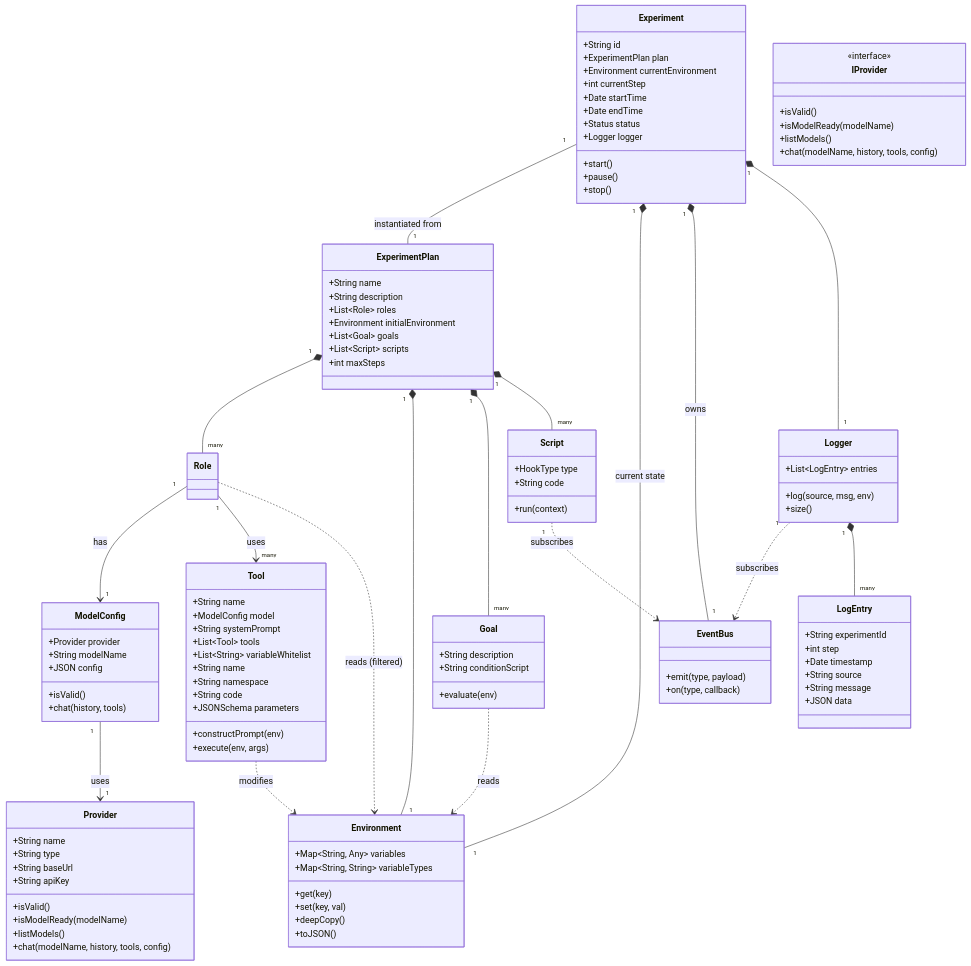
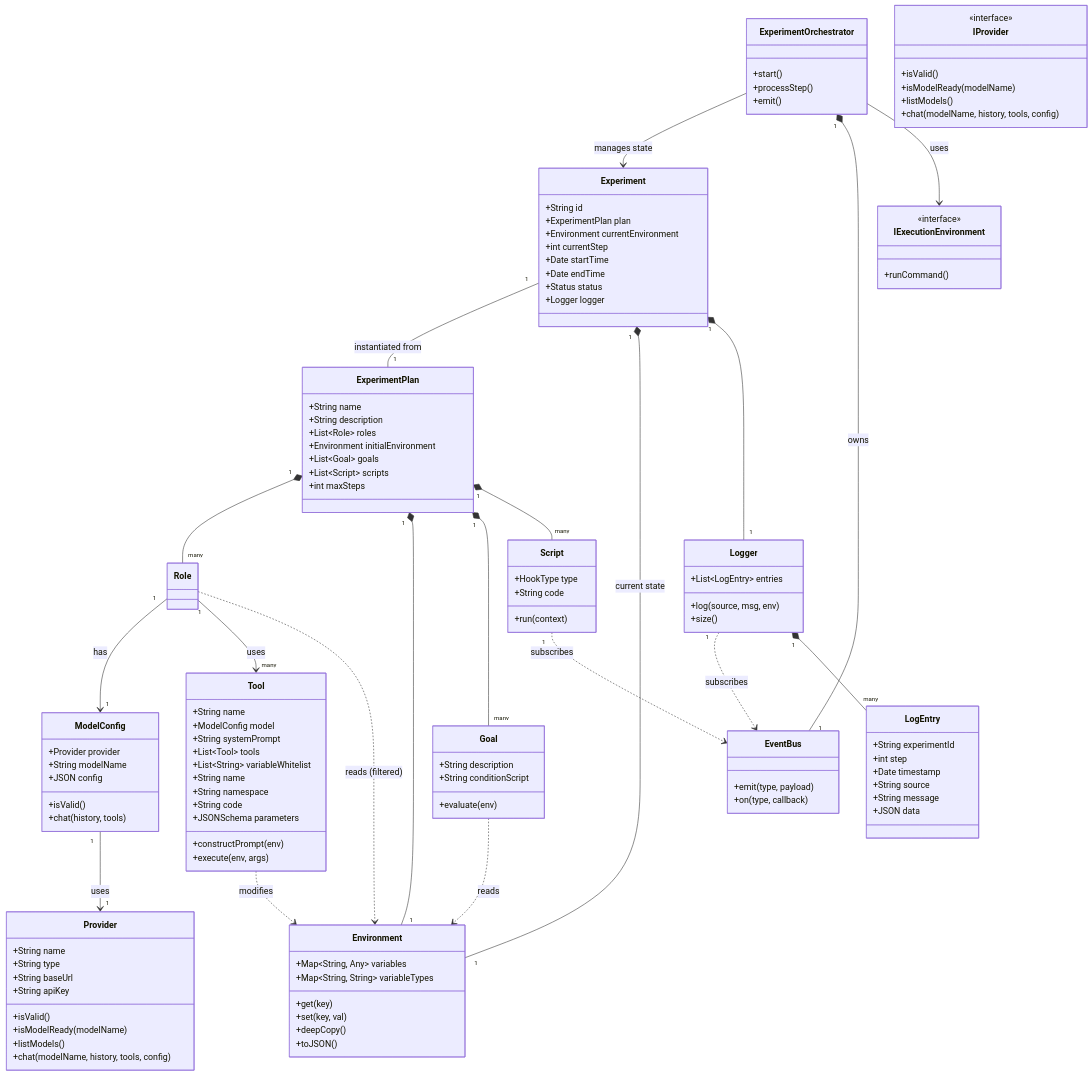
The first of 2 diagrams in SPEC.md (aldonadi/scientist-ai), drawn with Mermaid before and after one commit. The commit also changed other lines of this file, not shown here.

Commit message:
feat: introduce ExperimentOrchestrator, IExecutionEnvironment, and IScriptRunner, refactoring experiment execution logic out of the Experiment state object.

```diff
--- a/SPEC.md
+++ b/SPEC.md
@@ -224,9 +248,15 @@
         +Date endTime
         +Status status
         +Logger logger
+    }
+    class ExperimentOrchestrator {
         +start()
-        +pause()
-        +stop()
+        +processStep()
+        +emit()
+    }
+    class IExecutionEnvironment {
+        <<interface>>
+        +runCommand()
     }
 
     class Provider {
@@ -320,7 +350,11 @@
     ExperimentPlan "1" *-- "many" Script
     Experiment "1" -- "1" ExperimentPlan : instantiated from
     Experiment "1" *-- "1" Environment : current state
-    Experiment "1" *-- "1" EventBus : owns
+    
+    ExperimentOrchestrator --> Experiment : manages state
+    ExperimentOrchestrator "1" *-- "1" EventBus : owns
+    ExperimentOrchestrator --> IExecutionEnvironment : uses
+    
     Logger "1" ..> EventBus : subscribes
     Script "1" ..> EventBus : subscribes
     Experiment "1" *-- "1" Logger
```
